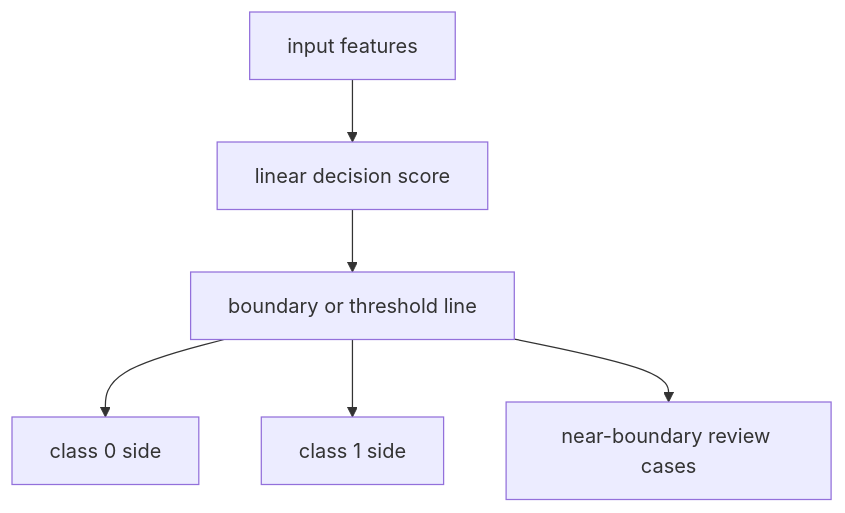
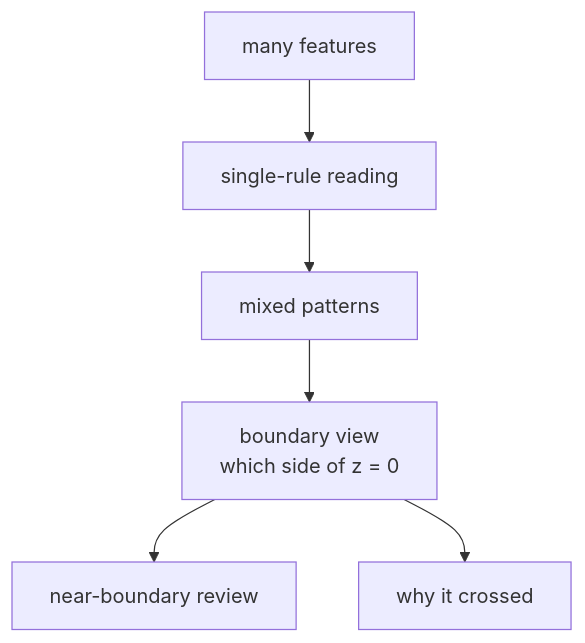
One commit to devchan64/AiBook changed the fourth of 4 diagrams in docs/parts/part-04/chapter-11/section-02.md. Above: the diagram before and after it, drawn with Mermaid. The commit also changed other lines of this file and 8 other files, not shown here.

````diff
--- a/docs/parts/part-04/chapter-11/section-02.md
+++ b/docs/parts/part-04/chapter-11/section-02.md
@@ -297,14 +308,13 @@
 ```mermaid
 flowchart TD
-  A["input features"]
-  B["linear decision score"]
-  C["boundary or threshold line"]
-  D["class 0 side"]
-  E["class 1 side"]
-  F["near-boundary review cases"]
+  A["many features"]
+  B["single-rule reading"]
+  C["mixed patterns"]
+  D["boundary view<br/>which side of z = 0"]
+  E["near-boundary review"]
+  F["why it crossed"]
 
-  A --> B --> C
-  C --> D
-  C --> E
-  C --> F
+  A --> B --> C --> D
+  D --> E
+  D --> F
 ```
````
